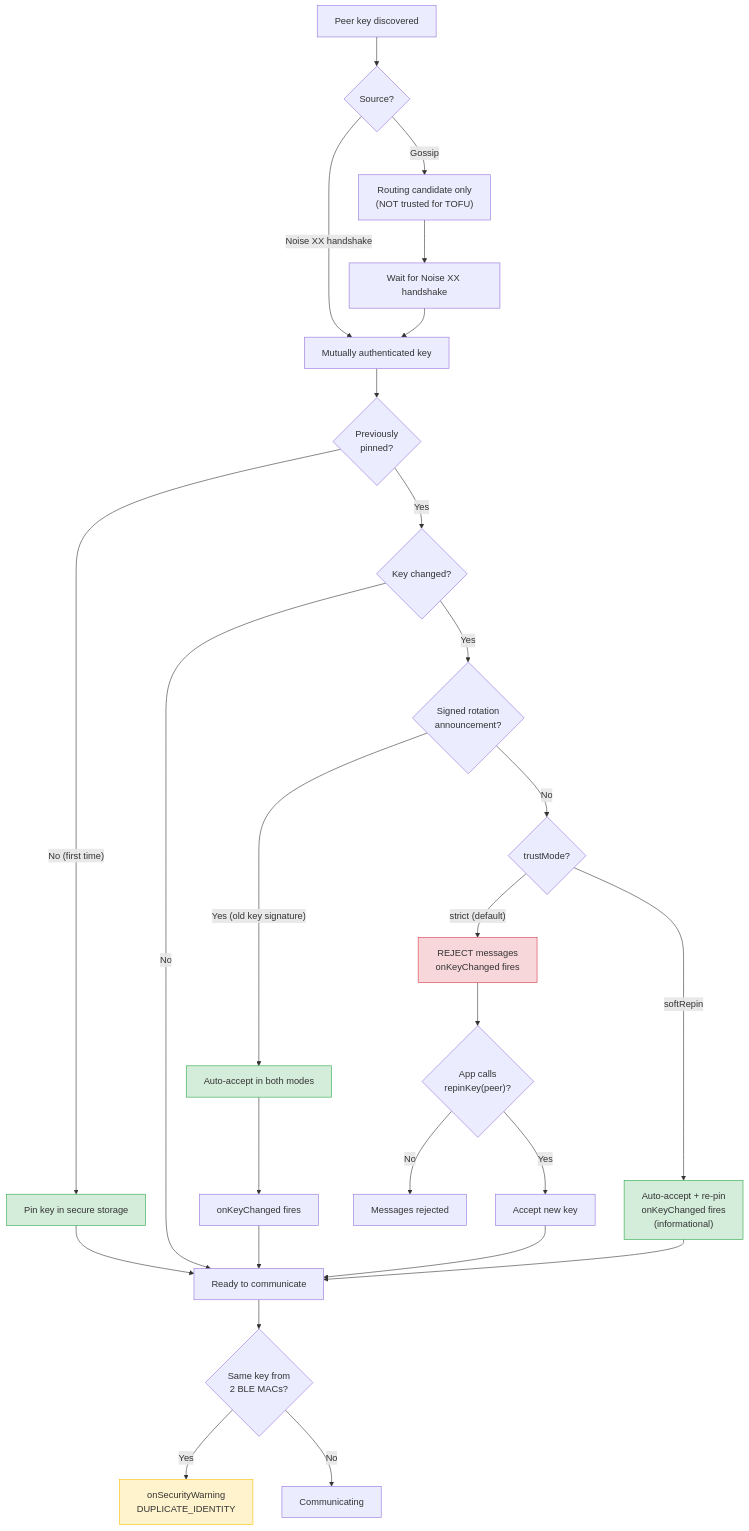
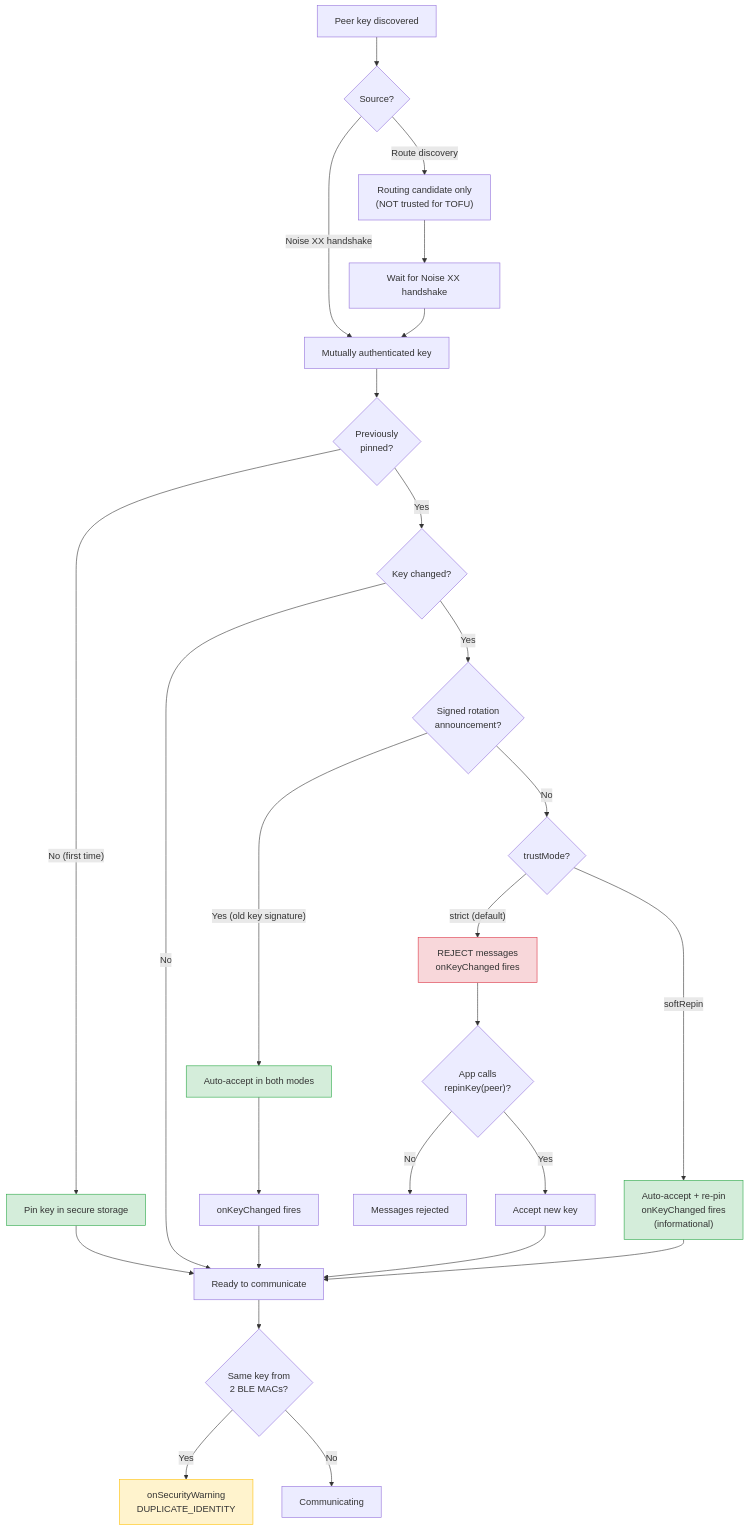
Diagram 13 of 14 in docs/diagrams.md (trancee/MeshLink), drawn with Mermaid before and after one commit. The commit also changed other lines of this file and 5 other files, not shown here.

````diff
--- a/docs/diagrams.md
+++ b/docs/diagrams.md
@@ -466,45 +474,45 @@
 ```mermaid
 flowchart TD
     Discover["Peer key discovered"] --> Origin{"Source?"}
 
-    Origin -->|"Gossip"| Routing["Routing candidate only\n(NOT trusted for TOFU)"]
+    Origin -->|"Route discovery"| Routing["Routing candidate only\n(NOT trusted for TOFU)"]
     Routing --> WaitNoise["Wait for Noise XX handshake"]
 
     Origin -->|"Noise XX handshake"| Authenticated["Mutually authenticated key"]
 
     WaitNoise --> Authenticated
     Authenticated --> Pinned{"Previously\npinned?"}
 
     Pinned -->|"No (first time)"| Pin["Pin key in secure storage"]
     Pin --> Ready["Ready to communicate"]
 
     Pinned -->|"Yes"| Changed{"Key changed?"}
     Changed -->|"No"| Ready
 
     Changed -->|"Yes"| Signed{"Signed rotation\nannouncement?"}
 
     Signed -->|"Yes (old key signature)"| AutoAccept["Auto-accept in both modes"]
     AutoAccept --> Callback1["onKeyChanged fires"]
     Callback1 --> Ready
 
     Signed -->|"No"| Mode{"trustMode?"}
 
     Mode -->|"strict (default)"| Reject["REJECT messages\nonKeyChanged fires"]
     Reject --> AppDecides{"App calls\nrepinKey(peer)?"}
     AppDecides -->|"Yes"| Accept["Accept new key"]
     AppDecides -->|"No"| Blocked["Messages rejected"]
     Accept --> Ready
 
     Mode -->|"softRepin"| SilentRepin["Auto-accept + re-pin\nonKeyChanged fires\n(informational)"]
     SilentRepin --> Ready
 
     Ready --> DupCheck{"Same key from\n2 BLE MACs?"}
     DupCheck -->|"Yes"| Warning["onSecurityWarning\nDUPLICATE_IDENTITY"]
     DupCheck -->|"No"| Safe["Communicating"]
 
     style Pin fill:#d4edda,stroke:#28a745
     style Reject fill:#f8d7da,stroke:#dc3545
     style AutoAccept fill:#d4edda,stroke:#28a745
     style SilentRepin fill:#d4edda,stroke:#28a745
     style Warning fill:#fff3cd,stroke:#ffc107
 ```
````
